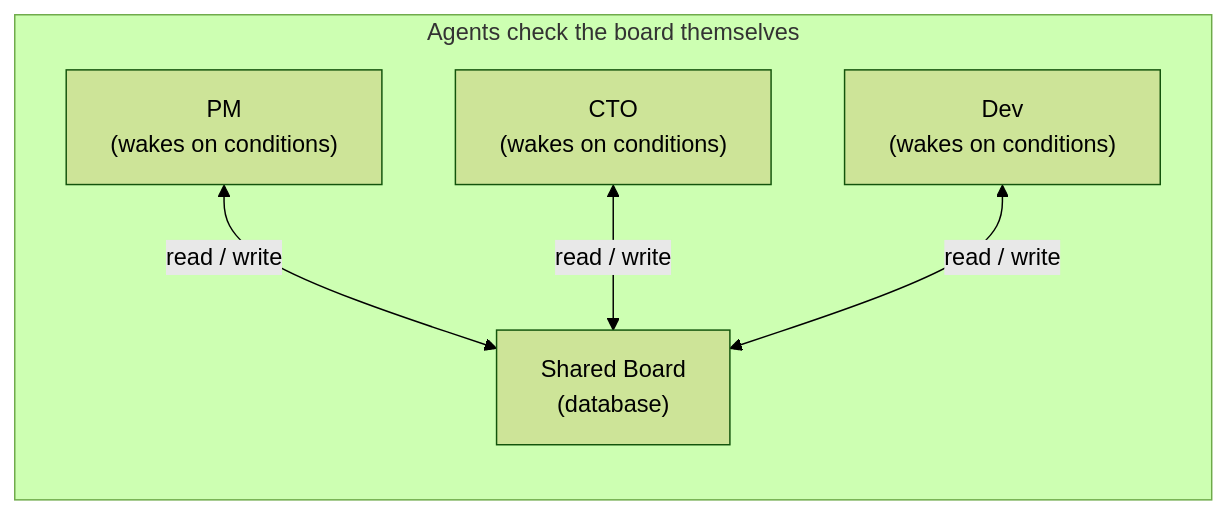
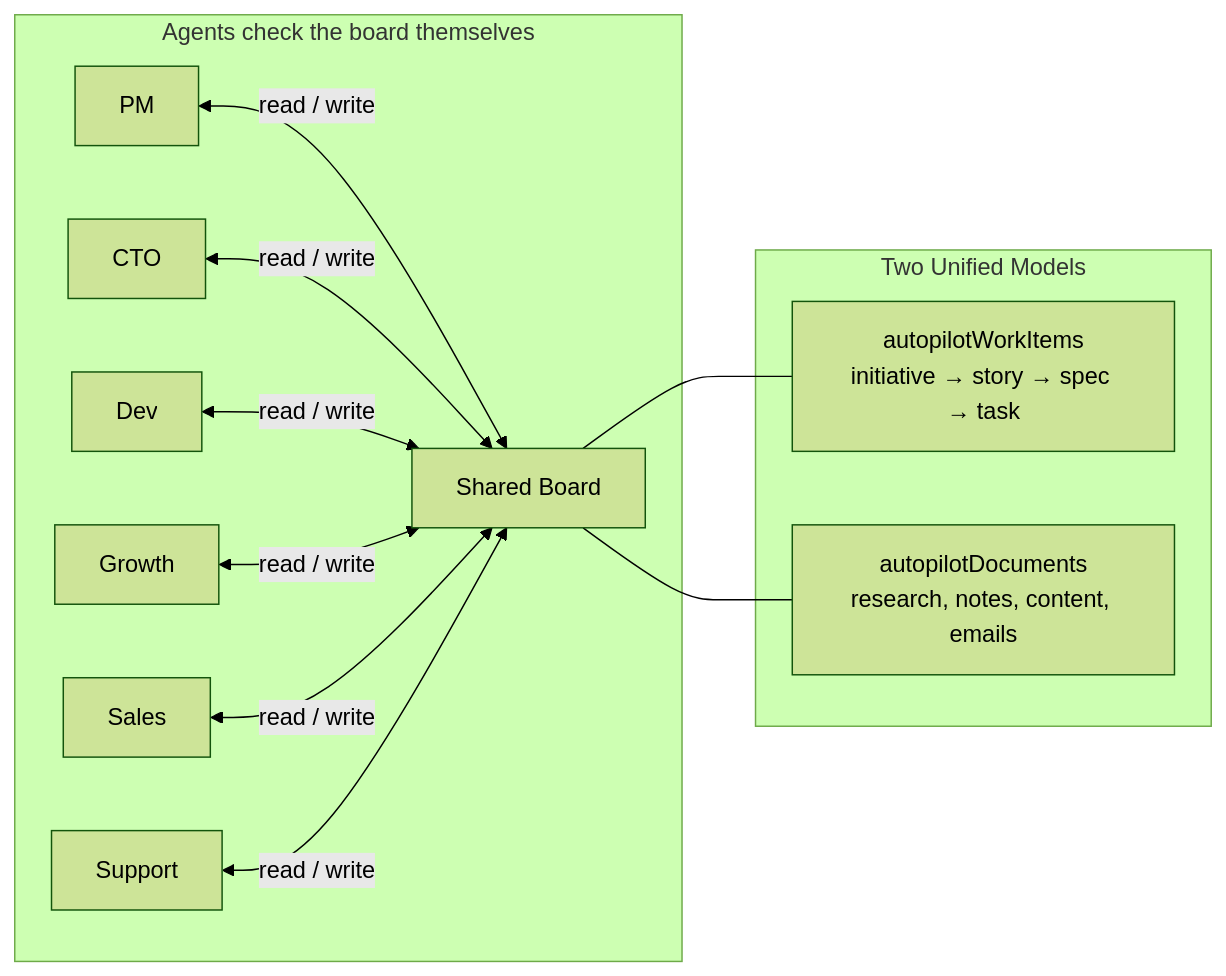
Before and after one commit to damien-schneider/reflet: the first of 11 diagrams in docs/autopilot_arch_graph.md, drawn with Mermaid (forest theme). The commit also changed other lines of this file and 144 other files, not shown here.

First line of the commit message:
refactor(autopilot): remove unused modules and consolidate schema into work/activity system

````diff
--- a/docs/autopilot_arch_graph.md
+++ b/docs/autopilot_arch_graph.md
@@ -9,8 +9,19 @@
 ```mermaid
 graph LR
     subgraph "Agents check the board themselves"
-        AG1["PM<br/>(wakes on conditions)"] <-->|"read / write"| BOARD["Shared Board<br/>(database)"]
-        AG2["CTO<br/>(wakes on conditions)"] <-->|"read / write"| BOARD
-        AG3["Dev<br/>(wakes on conditions)"] <-->|"read / write"| BOARD
+        AG1["PM"] <-->|"read / write"| BOARD["Shared Board"]
+        AG2["CTO"] <-->|"read / write"| BOARD
+        AG3["Dev"] <-->|"read / write"| BOARD
+        AG4["Growth"] <-->|"read / write"| BOARD
+        AG5["Sales"] <-->|"read / write"| BOARD
+        AG6["Support"] <-->|"read / write"| BOARD
     end
+
+    subgraph "Two Unified Models"
+        WI["autopilotWorkItems<br/>initiative → story → spec → task"]
+        DOCS["autopilotDocuments<br/>research, notes, content, emails"]
+    end
+
+    BOARD --- WI
+    BOARD --- DOCS
 ```
````
